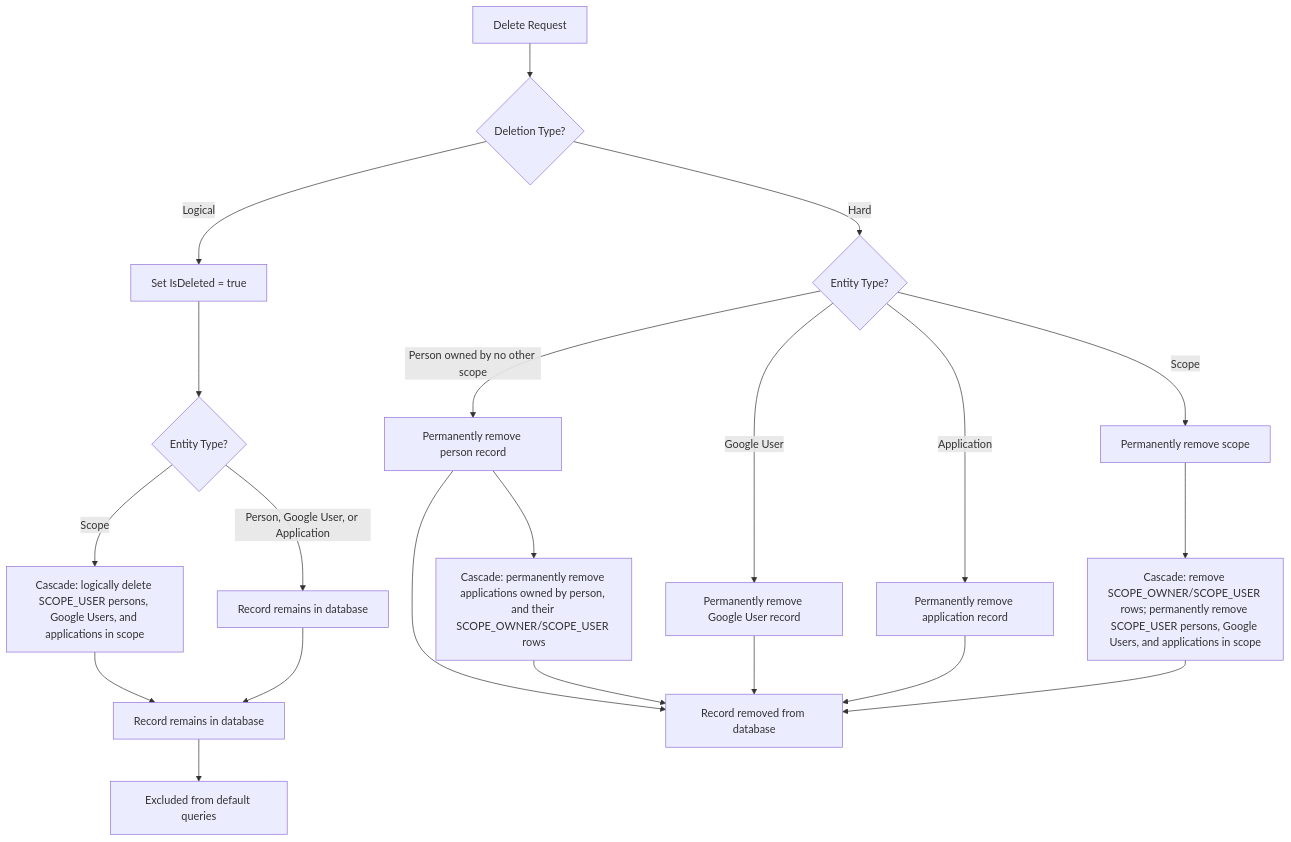
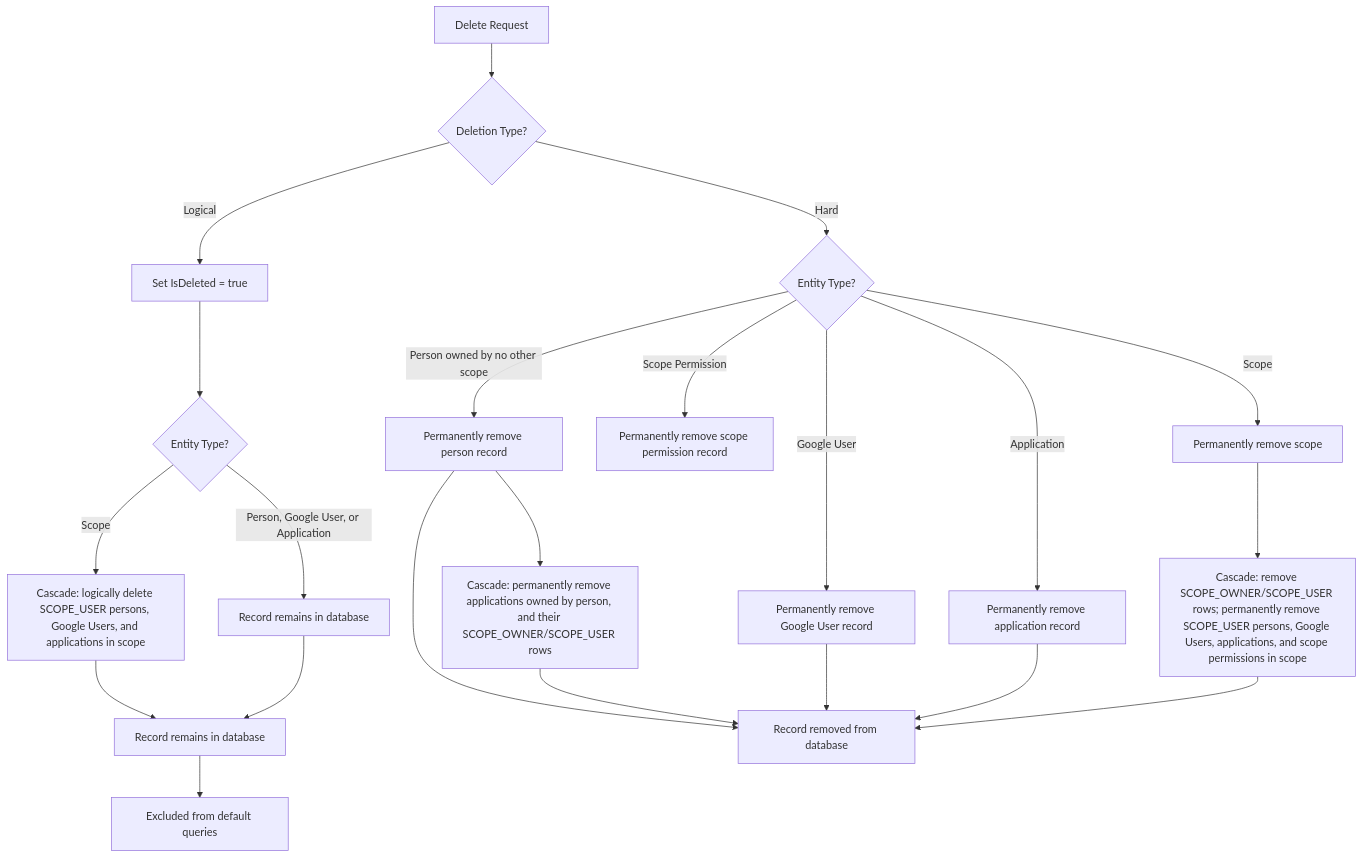
Before and after one commit to artur-rios/heimdall-api: the fourth of 4 diagrams in docs/requirements/System Requirements Document.md, drawn with Mermaid. The commit also changed other lines of this file and 2 other files, not shown here.

First line of the commit message:
docs: document scope permission use cases (UC-31..UC-35)

````diff
--- a/docs/requirements/System Requirements Document.md
+++ b/docs/requirements/System Requirements Document.md
@@ -571,24 +640,25 @@
 ```mermaid
 flowchart TD
     A[Delete Request] --> B{Deletion Type?}
     B -->|Logical| C[Set IsDeleted = true]
     C --> C1{Entity Type?}
     C1 -->|Scope| C2[Cascade: logically delete SCOPE_USER persons, Google Users, and applications in scope]
     C1 -->|Person, Google User, or Application| C3[Record remains in database]
     C2 --> D[Record remains in database]
     C3 --> D
     D --> E[Excluded from default queries]
 
     B -->|Hard| F{Entity Type?}
     F -->|Person owned by no other scope| G[Permanently remove person record]
     G --> K[Cascade: permanently remove applications owned by person, and their SCOPE_OWNER/SCOPE_USER rows]
     F -->|Google User| M[Permanently remove Google User record]
     F -->|Application| L[Permanently remove application record]
+    F -->|Scope Permission| SP[Permanently remove scope permission record]
     F -->|Scope| H2[Permanently remove scope]
-    H2 --> I[Cascade: remove SCOPE_OWNER/SCOPE_USER rows; permanently remove SCOPE_USER persons, Google Users, and applications in scope]
+    H2 --> I[Cascade: remove SCOPE_OWNER/SCOPE_USER rows; permanently remove SCOPE_USER persons, Google Users, applications, and scope permissions in scope]
     G --> J[Record removed from database]
     K --> J
     M --> J
     L --> J
     I --> J
 ```
````
